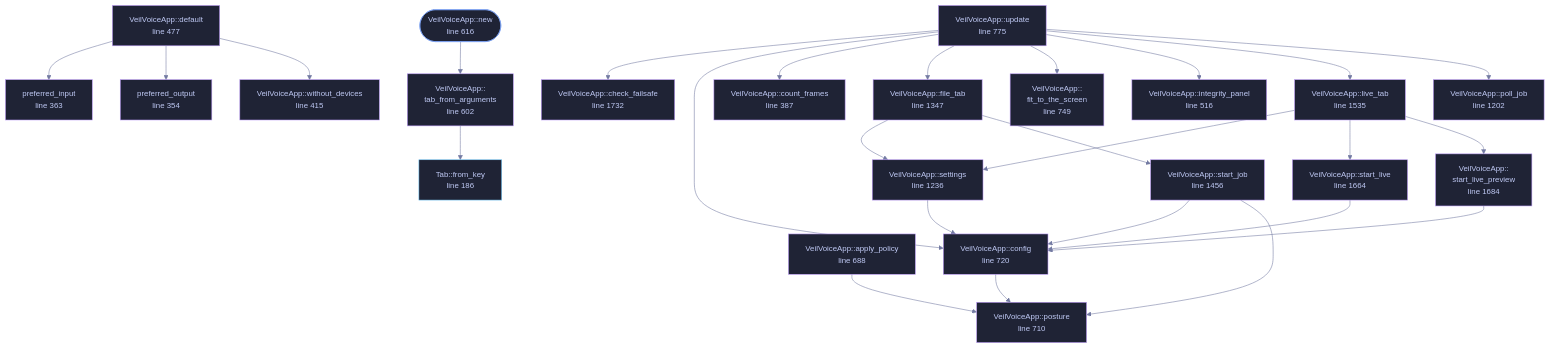
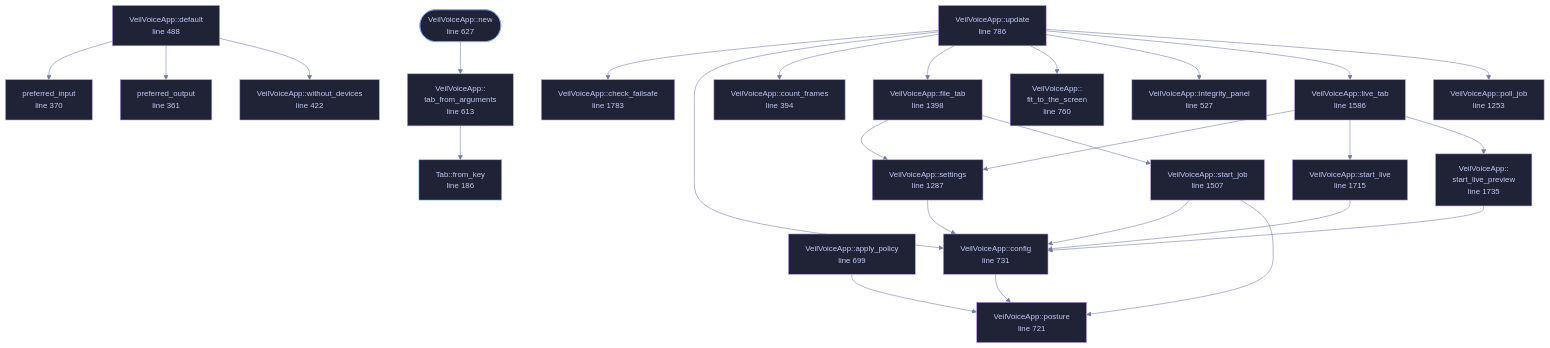
Before and after one commit to tilas01/veilvoice: the diagram in wiki/File-veilvoice-gui-app.md, drawn with Mermaid. The commit also changed other lines of this file and 102 other files, not shown here.

````diff
--- a/wiki/File-veilvoice-gui-app.md
+++ b/wiki/File-veilvoice-gui-app.md
@@ -165,79 +165,79 @@
 ```mermaid
 %%{init: {"theme":"base","themeVariables":{"background":"#1a1b26","primaryColor":"#1f2335","primaryTextColor":"#c0caf5","primaryBorderColor":"#7aa2f7","secondaryColor":"#16161e","tertiaryColor":"#16161e","lineColor":"#737aa2","textColor":"#c0caf5","mainBkg":"#1f2335","nodeBorder":"#7aa2f7","clusterBkg":"#16161e","clusterBorder":"#2f3549","fontFamily":"ui-monospace, SFMono-Regular, Consolas, monospace","fontSize":"14px"}}}%%
 flowchart TD
     n_from_key["Tab::from_key<br/>line 186"]
-    n_preferred_output["preferred_output<br/>line 354"]
-    n_preferred_input["preferred_input<br/>line 363"]
-    n_count_frames["VeilVoiceApp::count_frames<br/>line 387"]
-    n_without_devices["VeilVoiceApp::without_devices<br/>line 415"]
-    n_default["VeilVoiceApp::default<br/>line 477"]
-    n_integrity_panel["VeilVoiceApp::integrity_panel<br/>line 516"]
-    n_tab_from_arguments["VeilVoiceApp::<br/>tab_from_arguments<br/>line 602"]
-    n_new(["VeilVoiceApp::new<br/>line 616"])
-    n_apply_policy["VeilVoiceApp::apply_policy<br/>line 688"]
-    n_posture["VeilVoiceApp::posture<br/>line 710"]
-    n_config["VeilVoiceApp::config<br/>line 720"]
-    n_fit_to_the_screen["VeilVoiceApp::<br/>fit_to_the_screen<br/>line 749"]
-    n_update["VeilVoiceApp::update<br/>line 775"]
-    n_poll_job["VeilVoiceApp::poll_job<br/>line 1202"]
-    n_settings["VeilVoiceApp::settings<br/>line 1236"]
-    n_file_tab["VeilVoiceApp::file_tab<br/>line 1347"]
-    n_start_job["VeilVoiceApp::start_job<br/>line 1456"]
-    n_live_tab["VeilVoiceApp::live_tab<br/>line 1535"]
-    n_start_live["VeilVoiceApp::start_live<br/>line 1664"]
-    n_start_live_preview["VeilVoiceApp::<br/>start_live_preview<br/>line 1684"]
-    n_check_failsafe["VeilVoiceApp::check_failsafe<br/>line 1732"]
+    n_preferred_output["preferred_output<br/>line 361"]
+    n_preferred_input["preferred_input<br/>line 370"]
+    n_count_frames["VeilVoiceApp::count_frames<br/>line 394"]
+    n_without_devices["VeilVoiceApp::without_devices<br/>line 422"]
+    n_default["VeilVoiceApp::default<br/>line 488"]
+    n_integrity_panel["VeilVoiceApp::integrity_panel<br/>line 527"]
+    n_tab_from_arguments["VeilVoiceApp::<br/>tab_from_arguments<br/>line 613"]
+    n_new(["VeilVoiceApp::new<br/>line 627"])
+    n_apply_policy["VeilVoiceApp::apply_policy<br/>line 699"]
+    n_posture["VeilVoiceApp::posture<br/>line 721"]
+    n_config["VeilVoiceApp::config<br/>line 731"]
+    n_fit_to_the_screen["VeilVoiceApp::<br/>fit_to_the_screen<br/>line 760"]
+    n_update["VeilVoiceApp::update<br/>line 786"]
+    n_poll_job["VeilVoiceApp::poll_job<br/>line 1253"]
+    n_settings["VeilVoiceApp::settings<br/>line 1287"]
+    n_file_tab["VeilVoiceApp::file_tab<br/>line 1398"]
+    n_start_job["VeilVoiceApp::start_job<br/>line 1507"]
+    n_live_tab["VeilVoiceApp::live_tab<br/>line 1586"]
+    n_start_live["VeilVoiceApp::start_live<br/>line 1715"]
+    n_start_live_preview["VeilVoiceApp::<br/>start_live_preview<br/>line 1735"]
+    n_check_failsafe["VeilVoiceApp::check_failsafe<br/>line 1783"]
     n_apply_policy --> n_posture
     n_config --> n_posture
     n_default --> n_preferred_input
     n_default --> n_preferred_output
     n_default --> n_without_devices
     n_file_tab --> n_settings
     n_file_tab --> n_start_job
     n_live_tab --> n_settings
     n_live_tab --> n_start_live
     n_live_tab --> n_start_live_preview
     n_new --> n_tab_from_arguments
     n_settings --> n_config
     n_start_job --> n_config
     n_start_job --> n_posture
     n_start_live --> n_config
     n_start_live_preview --> n_config
     n_tab_from_arguments --> n_from_key
     n_update --> n_check_failsafe
     n_update --> n_config
     n_update --> n_count_frames
     n_update --> n_file_tab
     n_update --> n_fit_to_the_screen
     n_update --> n_integrity_panel
     n_update --> n_live_tab
     n_update --> n_poll_job
     click n_from_key href "https://github.com/tilas01/veilvoice/blob/main/crates/veilvoice-gui/src/app.rs#L186" "open the source"
-    click n_preferred_output href "https://github.com/tilas01/veilvoice/blob/main/crates/veilvoice-gui/src/app.rs#L354" "open the source"
-    click n_preferred_input href "https://github.com/tilas01/veilvoice/blob/main/crates/veilvoice-gui/src/app.rs#L363" "open the source"
-    click n_count_frames href "https://github.com/tilas01/veilvoice/blob/main/crates/veilvoice-gui/src/app.rs#L387" "open the source"
-    click n_without_devices href "https://github.com/tilas01/veilvoice/blob/main/crates/veilvoice-gui/src/app.rs#L415" "open the source"
-    click n_default href "https://github.com/tilas01/veilvoice/blob/main/crates/veilvoice-gui/src/app.rs#L477" "open the source"
-    click n_integrity_panel href "https://github.com/tilas01/veilvoice/blob/main/crates/veilvoice-gui/src/app.rs#L516" "open the source"
-    click n_tab_from_arguments href "https://github.com/tilas01/veilvoice/blob/main/crates/veilvoice-gui/src/app.rs#L602" "open the source"
-    click n_new href "https://github.com/tilas01/veilvoice/blob/main/crates/veilvoice-gui/src/app.rs#L616" "open the source"
-    click n_apply_policy href "https://github.com/tilas01/veilvoice/blob/main/crates/veilvoice-gui/src/app.rs#L688" "open the source"
-    click n_posture href "https://github.com/tilas01/veilvoice/blob/main/crates/veilvoice-gui/src/app.rs#L710" "open the source"
-    click n_config href "https://github.com/tilas01/veilvoice/blob/main/crates/veilvoice-gui/src/app.rs#L720" "open the source"
-    click n_fit_to_the_screen href "https://github.com/tilas01/veilvoice/blob/main/crates/veilvoice-gui/src/app.rs#L749" "open the source"
-    click n_update href "https://github.com/tilas01/veilvoice/blob/main/crates/veilvoice-gui/src/app.rs#L775" "open the source"
-    click n_poll_job href "https://github.com/tilas01/veilvoice/blob/main/crates/veilvoice-gui/src/app.rs#L1202" "open the source"
-    click n_settings href "https://github.com/tilas01/veilvoice/blob/main/crates/veilvoice-gui/src/app.rs#L1236" "open the source"
-    click n_file_tab href "https://github.com/tilas01/veilvoice/blob/main/crates/veilvoice-gui/src/app.rs#L1347" "open the source"
-    click n_start_job href "https://github.com/tilas01/veilvoice/blob/main/crates/veilvoice-gui/src/app.rs#L1456" "open the source"
-    click n_live_tab href "https://github.com/tilas01/veilvoice/blob/main/crates/veilvoice-gui/src/app.rs#L1535" "open the source"
-    click n_start_live href "https://github.com/tilas01/veilvoice/blob/main/crates/veilvoice-gui/src/app.rs#L1664" "open the source"
-    click n_start_live_preview href "https://github.com/tilas01/veilvoice/blob/main/crates/veilvoice-gui/src/app.rs#L1684" "open the source"
-    click n_check_failsafe href "https://github.com/tilas01/veilvoice/blob/main/crates/veilvoice-gui/src/app.rs#L1732" "open the source"
+    click n_preferred_output href "https://github.com/tilas01/veilvoice/blob/main/crates/veilvoice-gui/src/app.rs#L361" "open the source"
+    click n_preferred_input href "https://github.com/tilas01/veilvoice/blob/main/crates/veilvoice-gui/src/app.rs#L370" "open the source"
+    click n_count_frames href "https://github.com/tilas01/veilvoice/blob/main/crates/veilvoice-gui/src/app.rs#L394" "open the source"
+    click n_without_devices href "https://github.com/tilas01/veilvoice/blob/main/crates/veilvoice-gui/src/app.rs#L422" "open the source"
+    click n_default href "https://github.com/tilas01/veilvoice/blob/main/crates/veilvoice-gui/src/app.rs#L488" "open the source"
+    click n_integrity_panel href "https://github.com/tilas01/veilvoice/blob/main/crates/veilvoice-gui/src/app.rs#L527" "open the source"
+    click n_tab_from_arguments href "https://github.com/tilas01/veilvoice/blob/main/crates/veilvoice-gui/src/app.rs#L613" "open the source"
+    click n_new href "https://github.com/tilas01/veilvoice/blob/main/crates/veilvoice-gui/src/app.rs#L627" "open the source"
+    click n_apply_policy href "https://github.com/tilas01/veilvoice/blob/main/crates/veilvoice-gui/src/app.rs#L699" "open the source"
+    click n_posture href "https://github.com/tilas01/veilvoice/blob/main/crates/veilvoice-gui/src/app.rs#L721" "open the source"
+    click n_config href "https://github.com/tilas01/veilvoice/blob/main/crates/veilvoice-gui/src/app.rs#L731" "open the source"
+    click n_fit_to_the_screen href "https://github.com/tilas01/veilvoice/blob/main/crates/veilvoice-gui/src/app.rs#L760" "open the source"
+    click n_update href "https://github.com/tilas01/veilvoice/blob/main/crates/veilvoice-gui/src/app.rs#L786" "open the source"
+    click n_poll_job href "https://github.com/tilas01/veilvoice/blob/main/crates/veilvoice-gui/src/app.rs#L1253" "open the source"
+    click n_settings href "https://github.com/tilas01/veilvoice/blob/main/crates/veilvoice-gui/src/app.rs#L1287" "open the source"
+    click n_file_tab href "https://github.com/tilas01/veilvoice/blob/main/crates/veilvoice-gui/src/app.rs#L1398" "open the source"
+    click n_start_job href "https://github.com/tilas01/veilvoice/blob/main/crates/veilvoice-gui/src/app.rs#L1507" "open the source"
+    click n_live_tab href "https://github.com/tilas01/veilvoice/blob/main/crates/veilvoice-gui/src/app.rs#L1586" "open the source"
+    click n_start_live href "https://github.com/tilas01/veilvoice/blob/main/crates/veilvoice-gui/src/app.rs#L1715" "open the source"
+    click n_start_live_preview href "https://github.com/tilas01/veilvoice/blob/main/crates/veilvoice-gui/src/app.rs#L1735" "open the source"
+    click n_check_failsafe href "https://github.com/tilas01/veilvoice/blob/main/crates/veilvoice-gui/src/app.rs#L1783" "open the source"
     classDef entry fill:#1f2335,stroke:#7aa2f7,color:#c0caf5
     class n_new entry
     classDef api fill:#1f2335,stroke:#7dcfff,color:#c0caf5
     class n_from_key api
     classDef helper fill:#1f2335,stroke:#bb9af7,color:#c0caf5
     class n_preferred_output,n_preferred_input,n_count_frames,n_without_devices,n_default,n_integrity_panel,n_tab_from_arguments,n_apply_policy,n_posture,n_config,n_fit_to_the_screen,n_update,n_poll_job,n_settings,n_file_tab,n_start_job,n_live_tab,n_start_live,n_start_live_preview,n_check_failsafe helper
 ```
````
